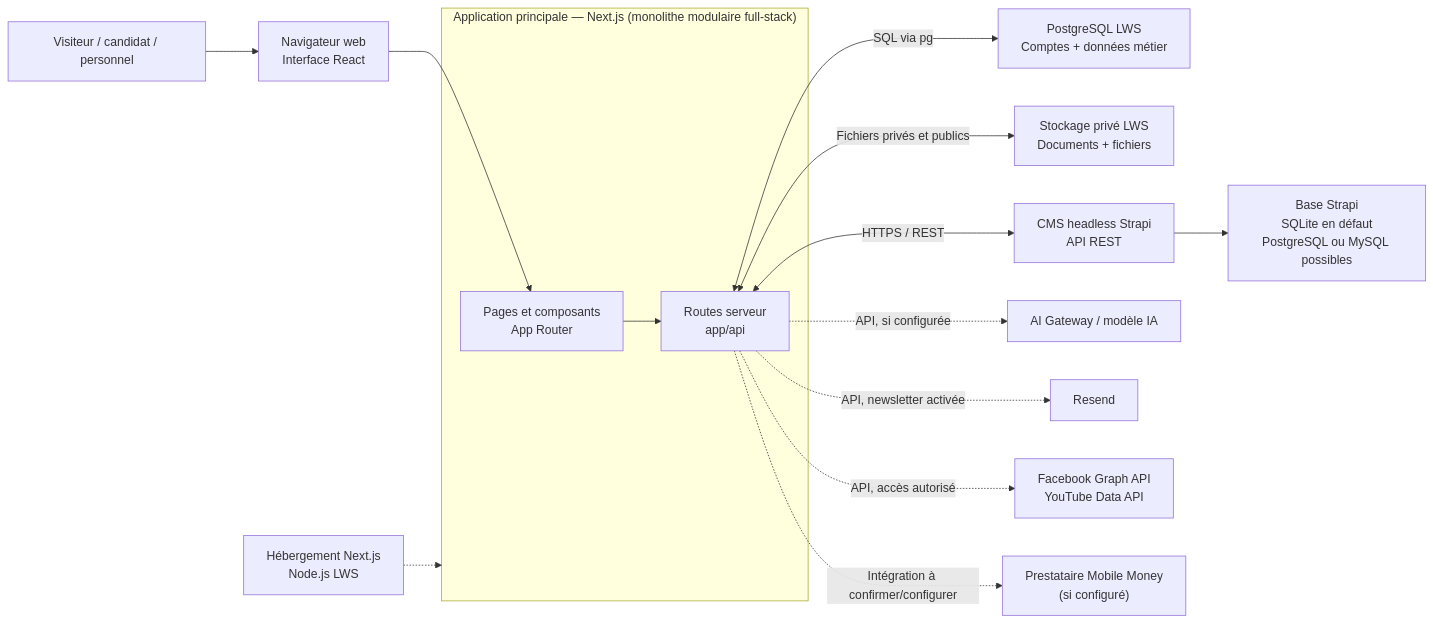
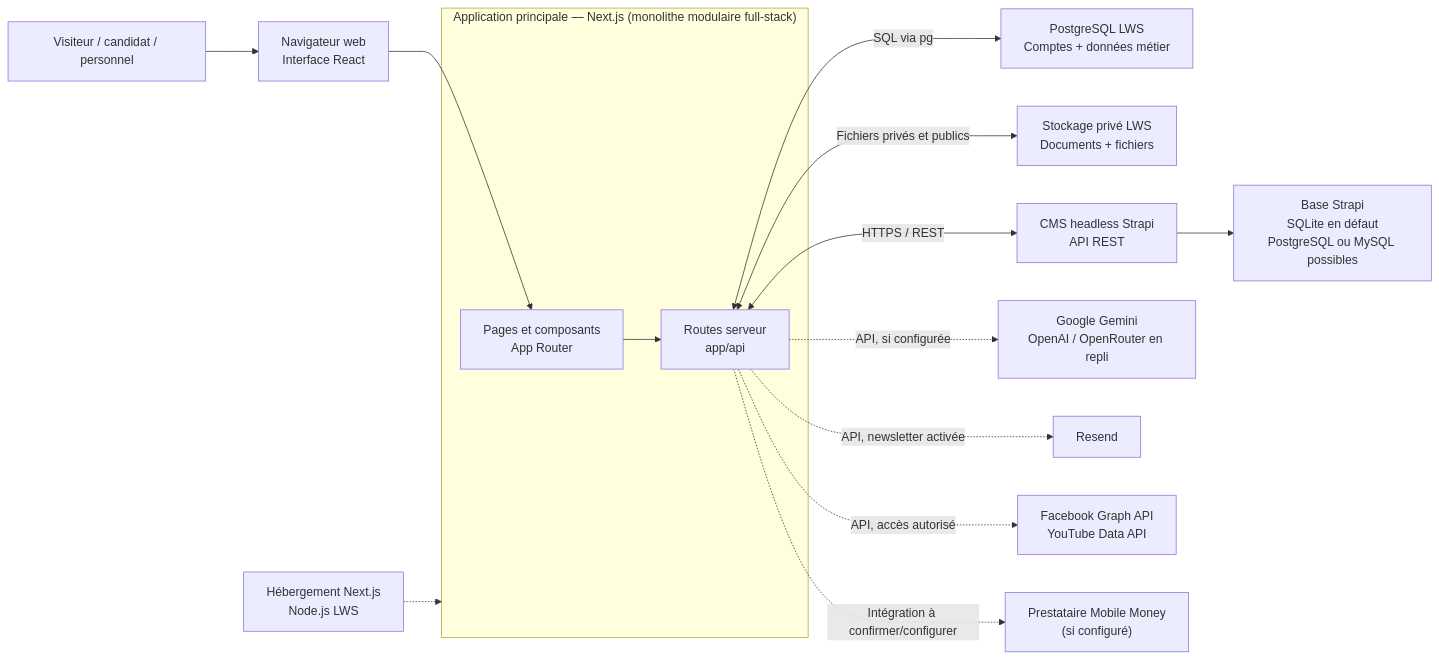
The diagram in cahier-des-charge.md (yesseboukinda-afk/inptic-site), drawn with Mermaid before and after one commit. The commit also changed other lines of this file and 77 other files, not shown here.

````diff
--- a/cahier-des-charge.md
+++ b/cahier-des-charge.md
@@ -203,31 +263,31 @@
 ```mermaid
 flowchart LR
     Visitor["Visiteur / candidat / personnel"]
     Browser["Navigateur web<br/>Interface React"]
     subgraph Web["Application principale — Next.js (monolithe modulaire full-stack)"]
         Pages["Pages et composants<br/>App Router"]
         Routes["Routes serveur<br/>app/api"]
     end
     PostgreSQL["PostgreSQL LWS<br/>Comptes + données métier"]
     Storage["Stockage privé LWS<br/>Documents + fichiers"]
     Strapi["CMS headless Strapi<br/>API REST"]
     CMSDB["Base Strapi<br/>SQLite en défaut<br/>PostgreSQL ou MySQL possibles"]
-    AI["AI Gateway / modèle IA"]
+    AI["Google Gemini<br/>OpenAI / OpenRouter en repli"]
     Mail["Resend"]
     Social["Facebook Graph API<br/>YouTube Data API"]
     Payment["Prestataire Mobile Money<br/>(si configuré)"]
     Deploy["Hébergement Next.js<br/>Node.js LWS"]
 
     Visitor --> Browser
     Browser --> Pages
     Pages --> Routes
     Routes <-->|"SQL via pg"| PostgreSQL
     Routes <-->|"Fichiers privés et publics"| Storage
     Routes <-->|"HTTPS / REST"| Strapi
     Strapi --> CMSDB
     Routes -.->|"API, si configurée"| AI
     Routes -.->|"API, newsletter activée"| Mail
     Routes -.->|"API, accès autorisé"| Social
     Routes -.->|"Intégration à confirmer/configurer"| Payment
     Deploy -.-> Web
 ```
````
